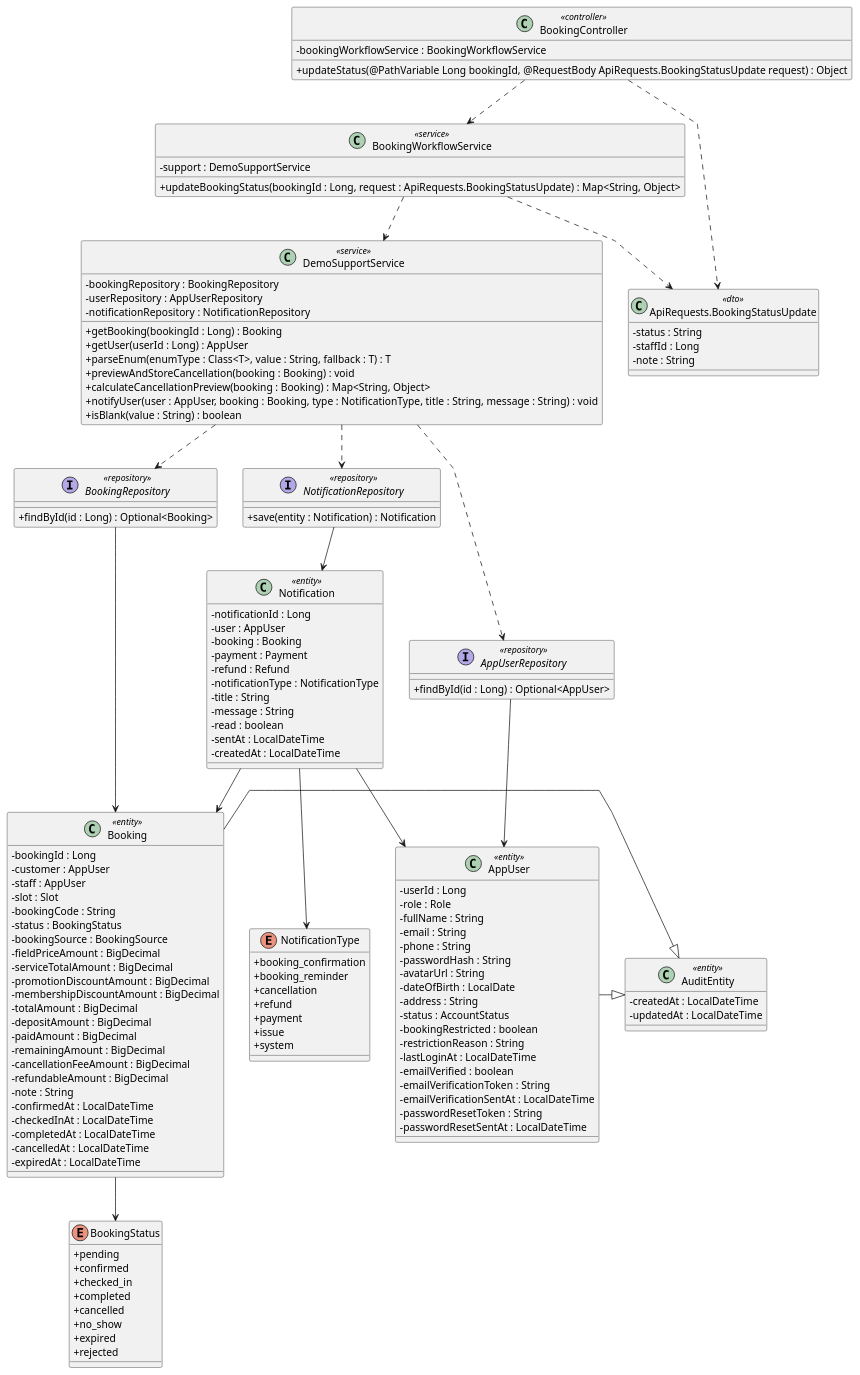
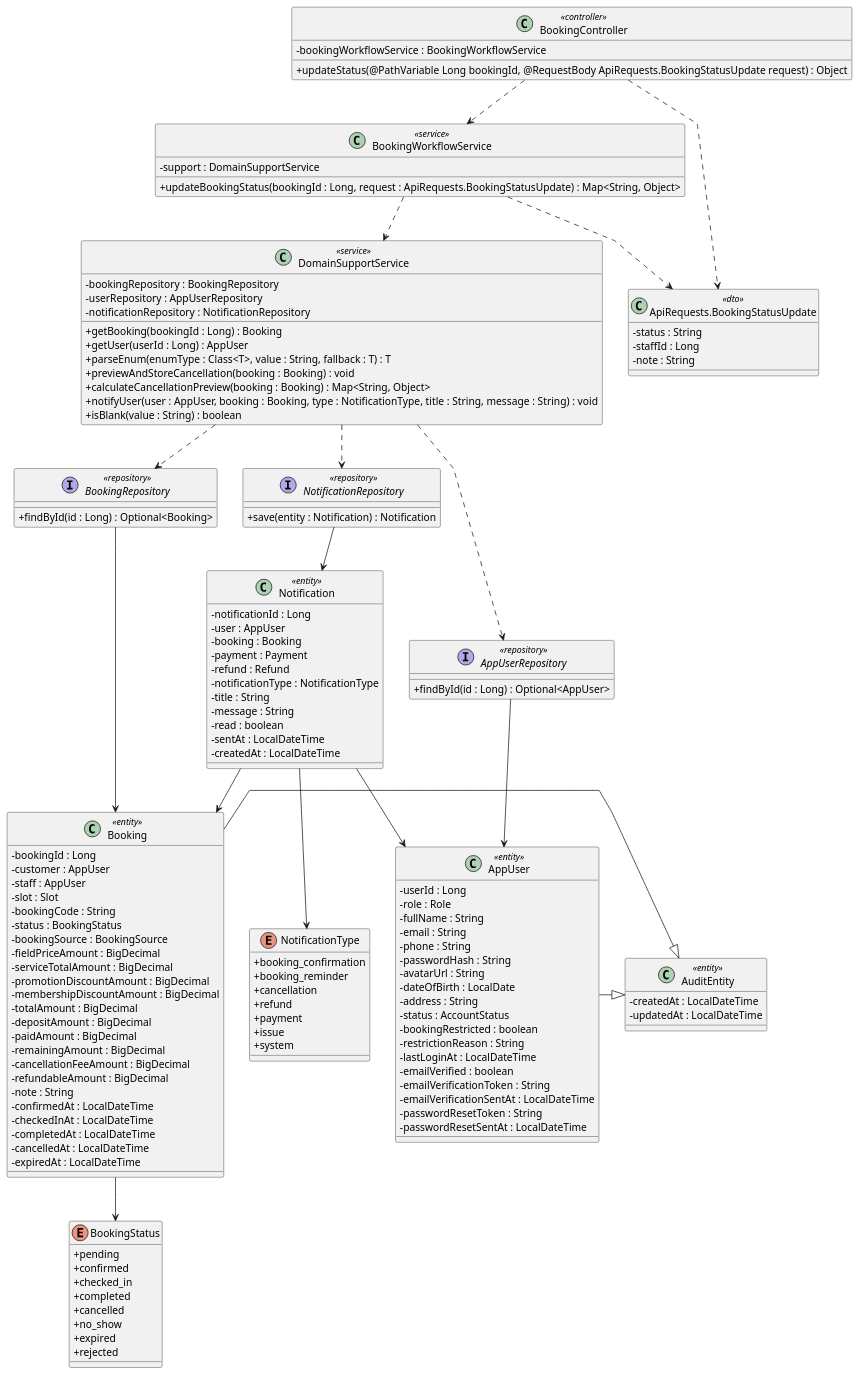
The diagram in docs/Class Diagram/cancel-booking.puml (maxwell1904/SWP391_G3), drawn with PlantUML before and after one commit. The commit also changed 120 other files, not shown here.

```diff
--- a/docs/Class Diagram/cancel-booking.puml
+++ b/docs/Class Diagram/cancel-booking.puml
@@ -1,161 +1,161 @@
 @startuml
 
 skinparam classAttributeIconSize 0
 skinparam linetype polyline
 
 class BookingController <<controller>> {
     -bookingWorkflowService : BookingWorkflowService
 
     +updateStatus(@PathVariable Long bookingId, @RequestBody ApiRequests.BookingStatusUpdate request) : Object
 }
 
 class BookingWorkflowService <<service>> {
-    -support : DemoSupportService
+    -support : DomainSupportService
 
     +updateBookingStatus(bookingId : Long, request : ApiRequests.BookingStatusUpdate) : Map<String, Object>
 }
 
-class DemoSupportService <<service>> {
+class DomainSupportService <<service>> {
     -bookingRepository : BookingRepository
     -userRepository : AppUserRepository
     -notificationRepository : NotificationRepository
 
     +getBooking(bookingId : Long) : Booking
     +getUser(userId : Long) : AppUser
     +parseEnum(enumType : Class<T>, value : String, fallback : T) : T
     +previewAndStoreCancellation(booking : Booking) : void
     +calculateCancellationPreview(booking : Booking) : Map<String, Object>
     +notifyUser(user : AppUser, booking : Booking, type : NotificationType, title : String, message : String) : void
     +isBlank(value : String) : boolean
 }
 
 class "ApiRequests.BookingStatusUpdate" as BookingStatusUpdateDTO <<dto>> {
     -status : String
     -staffId : Long
     -note : String
 }
 
 interface BookingRepository <<repository>> {
     +findById(id : Long) : Optional<Booking>
 }
 
 interface AppUserRepository <<repository>> {
     +findById(id : Long) : Optional<AppUser>
 }
 
 interface NotificationRepository <<repository>> {
     +save(entity : Notification) : Notification
 }
 
 class AuditEntity <<entity>> {
     -createdAt : LocalDateTime
     -updatedAt : LocalDateTime
 }
 
 class Booking <<entity>> {
     -bookingId : Long
     -customer : AppUser
     -staff : AppUser
     -slot : Slot
     -bookingCode : String
     -status : BookingStatus
     -bookingSource : BookingSource
     -fieldPriceAmount : BigDecimal
     -serviceTotalAmount : BigDecimal
     -promotionDiscountAmount : BigDecimal
     -membershipDiscountAmount : BigDecimal
     -totalAmount : BigDecimal
     -depositAmount : BigDecimal
     -paidAmount : BigDecimal
     -remainingAmount : BigDecimal
     -cancellationFeeAmount : BigDecimal
     -refundableAmount : BigDecimal
     -note : String
     -confirmedAt : LocalDateTime
     -checkedInAt : LocalDateTime
     -completedAt : LocalDateTime
     -cancelledAt : LocalDateTime
     -expiredAt : LocalDateTime
 }
 
 class AppUser <<entity>> {
     -userId : Long
     -role : Role
     -fullName : String
     -email : String
     -phone : String
     -passwordHash : String
     -avatarUrl : String
     -dateOfBirth : LocalDate
     -address : String
     -status : AccountStatus
     -bookingRestricted : boolean
     -restrictionReason : String
     -lastLoginAt : LocalDateTime
     -emailVerified : boolean
     -emailVerificationToken : String
     -emailVerificationSentAt : LocalDateTime
     -passwordResetToken : String
     -passwordResetSentAt : LocalDateTime
 }
 
 class Notification <<entity>> {
     -notificationId : Long
     -user : AppUser
     -booking : Booking
     -payment : Payment
     -refund : Refund
     -notificationType : NotificationType
     -title : String
     -message : String
     -read : boolean
     -sentAt : LocalDateTime
     -createdAt : LocalDateTime
 }
 
 enum BookingStatus {
     + pending
     + confirmed
     + checked_in
     + completed
     + cancelled
     + no_show
     + expired
     + rejected
 }
 
 enum NotificationType {
     + booking_confirmation
     + booking_reminder
     + cancellation
     + refund
     + payment
     + issue
     + system
 }
 
 ' Relationships
 BookingController ..> BookingWorkflowService
 BookingController ..> BookingStatusUpdateDTO
-BookingWorkflowService ..> DemoSupportService
+BookingWorkflowService ..> DomainSupportService
 BookingWorkflowService ..> BookingStatusUpdateDTO
 
-DemoSupportService ..> BookingRepository
-DemoSupportService ..> AppUserRepository
-DemoSupportService ..> NotificationRepository
+DomainSupportService ..> BookingRepository
+DomainSupportService ..> AppUserRepository
+DomainSupportService ..> NotificationRepository
 
 
 BookingRepository --> Booking
 AppUserRepository --> AppUser
 NotificationRepository --> Notification
 
 Notification --> Booking
 Notification --> AppUser
 
 Booking -|> AuditEntity
 AppUser -|> AuditEntity
 
 Booking --> BookingStatus
 Notification --> NotificationType
 
 @enduml
```
